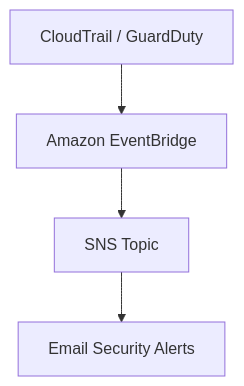
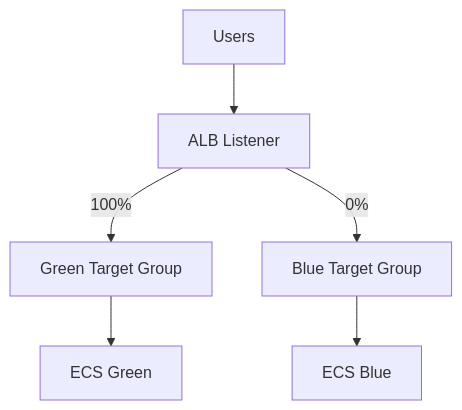
The second of 5 diagrams in README.md (wandytorres/aws-cloud-journey), drawn with Mermaid before and after one commit. The commit also changed other lines of this file, not shown here.

````diff
--- a/README.md
+++ b/README.md
@@ -31,9 +38,12 @@
 ```mermaid
 flowchart TD
-    A[CloudTrail / GuardDuty]
-    --> B[Amazon EventBridge]
+    A[Users] --> B[ALB Listener]
 
-    B --> C[SNS Topic]
+    B -->|100%| C[Green Target Group]
 
-    C --> D[Email Security Alerts]
+    B -->|0%| D[Blue Target Group]
+
+    C --> E[ECS Green]
+
+    D --> F[ECS Blue]
 ```
````
